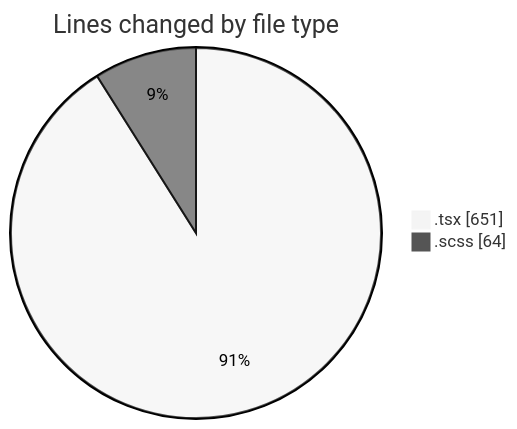
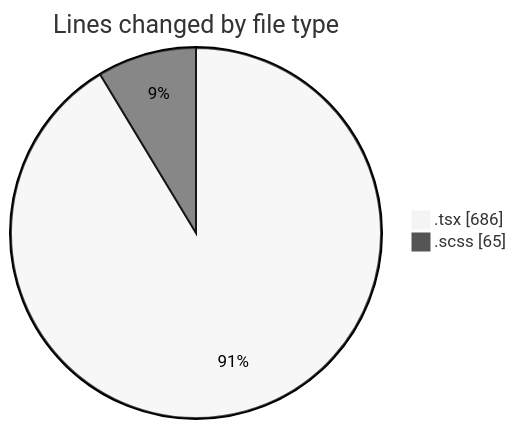
Before and after one commit to momahboobian/code-tracking: the first of 2 diagrams in 2025-04-10/cda/README.md, drawn with Mermaid (neutral theme). The commit also changed other lines of this file and 1 other file, not shown here.

````diff
--- a/2025-04-10/cda/README.md
+++ b/2025-04-10/cda/README.md
@@ -22,6 +22,6 @@
 ```mermaid
 pie showData
 title Lines changed by file type
-".tsx" : 651
-".scss" : 64
+".tsx" : 686
+".scss" : 65
 ```
````
